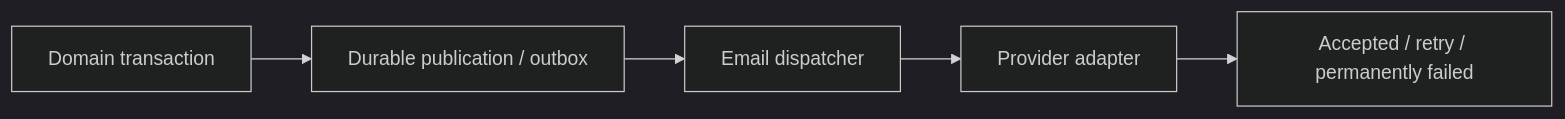
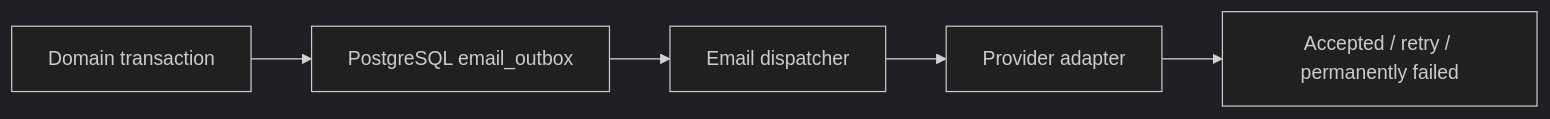
The third of 3 diagrams in docs/02-system-architecture.md (kotlinknight/letsmarry), drawn with Mermaid (dark theme) before and after one commit. The commit also changed other lines of this file and 76 other files, not shown here.

````diff
--- a/docs/02-system-architecture.md
+++ b/docs/02-system-architecture.md
@@ -325,7 +330,7 @@
 ```mermaid
 flowchart LR
-  A[Domain transaction] --> B[Durable publication / outbox]
+  A[Domain transaction] --> B[PostgreSQL email_outbox]
   B --> C[Email dispatcher]
   C --> D[Provider adapter]
   D --> E[Accepted / retry / permanently failed]
 ```
````
